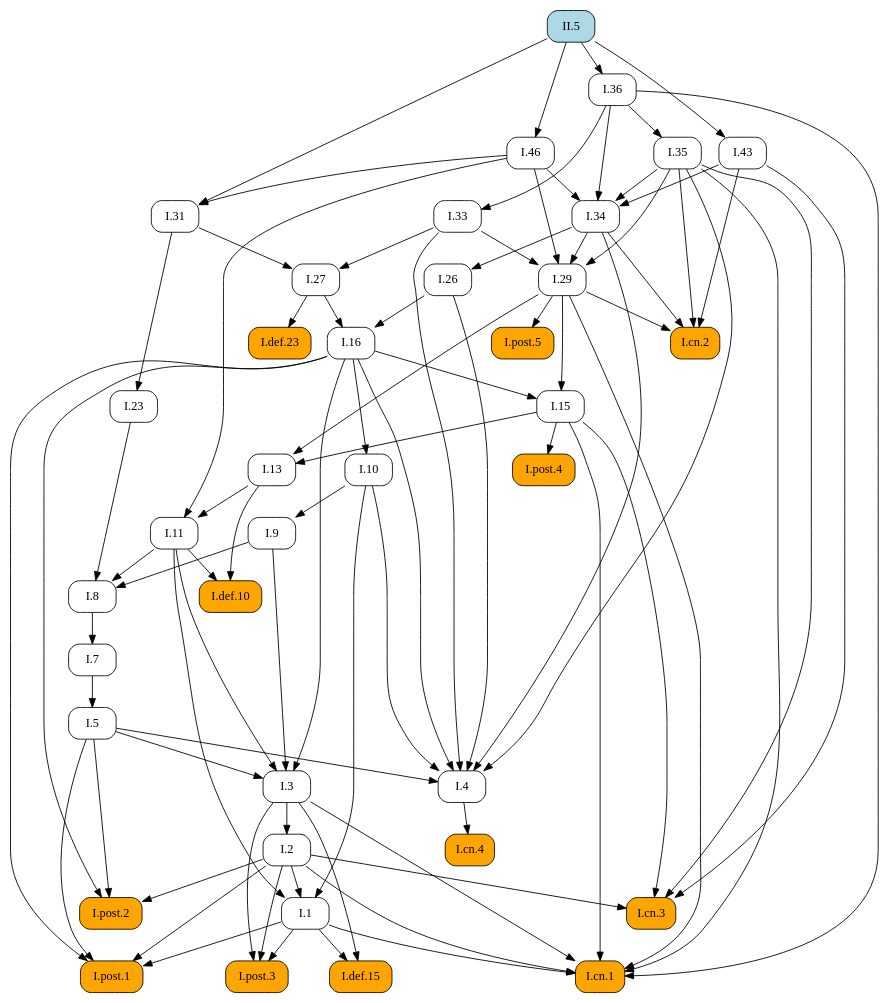
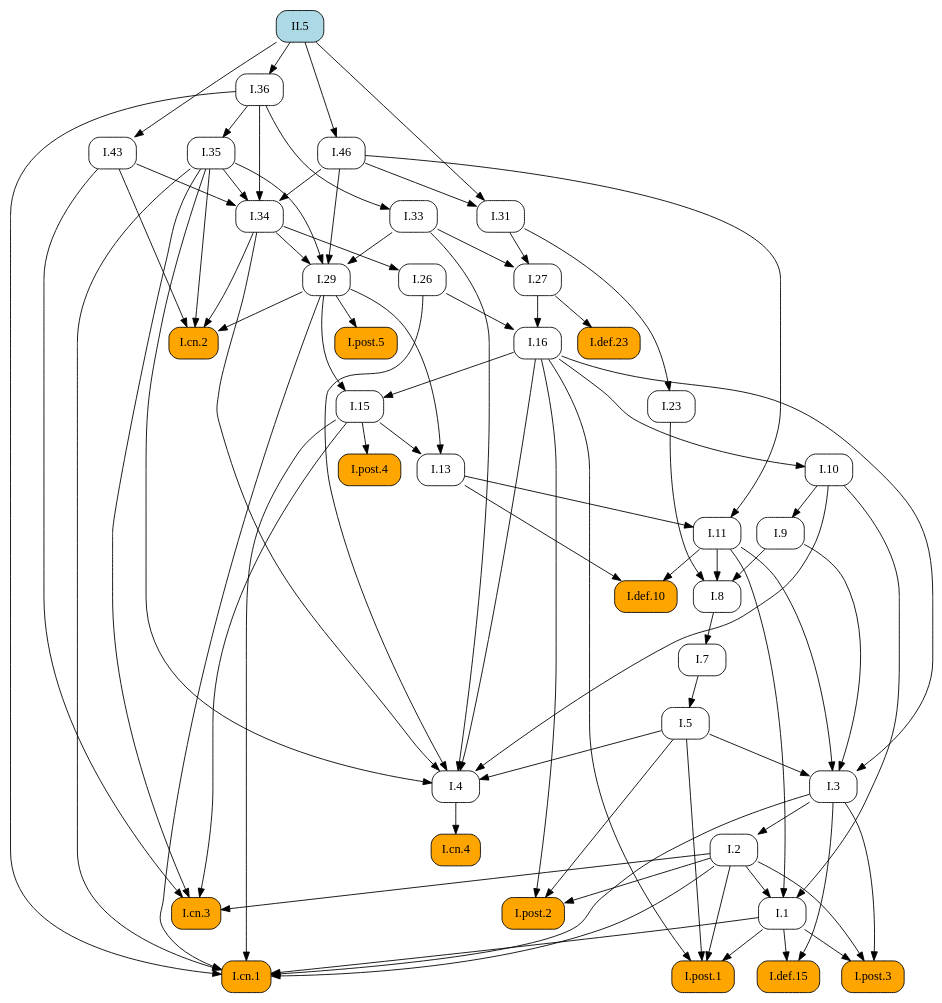
Before and after one commit to geometor/elements: the diagram in docsrc/heath/II/5/index.rst, drawn with Graphviz. The commit also changed other lines of this file and 1029 other files, not shown here.

```diff
--- a/docsrc/heath/II/5/index.rst
+++ b/docsrc/heath/II/5/index.rst
@@ -82,88 +82,98 @@
    digraph {
      rankdir="TB";
      node [shape=box, style=rounded];
+     "I.def.10" [style="rounded,filled", fillcolor=orange, URL="/heath/I/def.10/", target="_top"];
+     "I.11" [URL="/heath/I/11/", target="_top"];
+     "I.post.4" [style="rounded,filled", fillcolor=orange, URL="/heath/I/post.4/", target="_top"];
+     "I.1" [URL="/heath/I/1/", target="_top"];
+     "I.26" [URL="/heath/I/26/", target="_top"];
+     "I.29" [URL="/heath/I/29/", target="_top"];
+     "I.cn.2" [style="rounded,filled", fillcolor=orange, URL="/heath/I/cn.2/", target="_top"];
+     "I.def.15" [style="rounded,filled", fillcolor=orange, URL="/heath/I/def.15/", target="_top"];
+     "I.post.3" [style="rounded,filled", fillcolor=orange, URL="/heath/I/post.3/", target="_top"];
+     "II.5" [style="rounded,filled", fillcolor=lightblue, URL="/heath/II/5/", target="_top"];
+     "I.cn.1" [style="rounded,filled", fillcolor=orange, URL="/heath/I/cn.1/", target="_top"];
      "I.cn.3" [style="rounded,filled", fillcolor=orange, URL="/heath/I/cn.3/", target="_top"];
-     "I.29" [URL="/heath/I/29/", target="_top"];
+     "I.23" [URL="/heath/I/23/", target="_top"];
+     "I.43" [URL="/heath/I/43/", target="_top"];
+     "I.post.1" [style="rounded,filled", fillcolor=orange, URL="/heath/I/post.1/", target="_top"];
+     "I.35" [URL="/heath/I/35/", target="_top"];
+     "I.36" [URL="/heath/I/36/", target="_top"];
+     "I.27" [URL="/heath/I/27/", target="_top"];
+     "I.46" [URL="/heath/I/46/", target="_top"];
      "I.7" [URL="/heath/I/7/", target="_top"];
-     "I.27" [URL="/heath/I/27/", target="_top"];
+     "I.34" [URL="/heath/I/34/", target="_top"];
+     "I.3" [URL="/heath/I/3/", target="_top"];
+     "I.2" [URL="/heath/I/2/", target="_top"];
      "I.def.23" [style="rounded,filled", fillcolor=orange, URL="/heath/I/def.23/", target="_top"];
-     "I.34" [URL="/heath/I/34/", target="_top"];
+     "I.4" [URL="/heath/I/4/", target="_top"];
+     "I.13" [URL="/heath/I/13/", target="_top"];
+     "I.33" [URL="/heath/I/33/", target="_top"];
+     "I.31" [URL="/heath/I/31/", target="_top"];
+     "I.post.2" [style="rounded,filled", fillcolor=orange, URL="/heath/I/post.2/", target="_top"];
+     "I.16" [URL="/heath/I/16/", target="_top"];
+     "I.9" [URL="/heath/I/9/", target="_top"];
      "I.8" [URL="/heath/I/8/", target="_top"];
-     "I.9" [URL="/heath/I/9/", target="_top"];
-     "I.post.4" [style="rounded,filled", fillcolor=orange, URL="/heath/I/post.4/", target="_top"];
-     "I.2" [URL="/heath/I/2/", target="_top"];
-     "I.def.15" [style="rounded,filled", fillcolor=orange, URL="/heath/I/def.15/", target="_top"];
-     "I.1" [URL="/heath/I/1/", target="_top"];
-     "II.5" [style="rounded,filled", fillcolor=lightblue, URL="/heath/II/5/", target="_top"];
-     "I.post.1" [style="rounded,filled", fillcolor=orange, URL="/heath/I/post.1/", target="_top"];
      "I.cn.4" [style="rounded,filled", fillcolor=orange, URL="/heath/I/cn.4/", target="_top"];
-     "I.26" [URL="/heath/I/26/", target="_top"];
-     "I.33" [URL="/heath/I/33/", target="_top"];
-     "I.23" [URL="/heath/I/23/", target="_top"];
-     "I.13" [URL="/heath/I/13/", target="_top"];
-     "I.cn.2" [style="rounded,filled", fillcolor=orange, URL="/heath/I/cn.2/", target="_top"];
+     "I.15" [URL="/heath/I/15/", target="_top"];
+     "I.post.5" [style="rounded,filled", fillcolor=orange, URL="/heath/I/post.5/", target="_top"];
+     "I.10" [URL="/heath/I/10/", target="_top"];
      "I.5" [URL="/heath/I/5/", target="_top"];
-     "I.11" [URL="/heath/I/11/", target="_top"];
-     "I.10" [URL="/heath/I/10/", target="_top"];
-     "I.4" [URL="/heath/I/4/", target="_top"];
-     "I.3" [URL="/heath/I/3/", target="_top"];
-     "I.16" [URL="/heath/I/16/", target="_top"];
-     "I.31" [URL="/heath/I/31/", target="_top"];
-     "I.43" [URL="/heath/I/43/", target="_top"];
-     "I.def.10" [style="rounded,filled", fillcolor=orange, URL="/heath/I/def.10/", target="_top"];
-     "I.46" [URL="/heath/I/46/", target="_top"];
-     "I.post.2" [style="rounded,filled", fillcolor=orange, URL="/heath/I/post.2/", target="_top"];
-     "I.post.3" [style="rounded,filled", fillcolor=orange, URL="/heath/I/post.3/", target="_top"];
-     "I.post.5" [style="rounded,filled", fillcolor=orange, URL="/heath/I/post.5/", target="_top"];
-     "I.36" [URL="/heath/I/36/", target="_top"];
-     "I.35" [URL="/heath/I/35/", target="_top"];
-     "I.15" [URL="/heath/I/15/", target="_top"];
-     "I.cn.1" [style="rounded,filled", fillcolor=orange, URL="/heath/I/cn.1/", target="_top"];
+     "I.11" -> "I.def.10";
+     "I.13" -> "I.def.10";
+     "I.13" -> "I.11";
+     "I.46" -> "I.11";
+     "I.15" -> "I.post.4";
+     "I.2" -> "I.1";
+     "I.10" -> "I.1";
+     "I.11" -> "I.1";
+     "I.34" -> "I.26";
+     "I.33" -> "I.29";
+     "I.34" -> "I.29";
+     "I.35" -> "I.29";
+     "I.46" -> "I.29";
+     "I.29" -> "I.cn.2";
+     "I.34" -> "I.cn.2";
+     "I.35" -> "I.cn.2";
+     "I.43" -> "I.cn.2";
+     "I.1" -> "I.def.15";
+     "I.3" -> "I.def.15";
+     "I.1" -> "I.post.3";
+     "I.2" -> "I.post.3";
+     "I.3" -> "I.post.3";
+     "I.1" -> "I.cn.1";
+     "I.2" -> "I.cn.1";
+     "I.3" -> "I.cn.1";
+     "I.15" -> "I.cn.1";
+     "I.29" -> "I.cn.1";
+     "I.35" -> "I.cn.1";
+     "I.36" -> "I.cn.1";
      "I.2" -> "I.cn.3";
      "I.15" -> "I.cn.3";
      "I.35" -> "I.cn.3";
      "I.43" -> "I.cn.3";
-     "I.33" -> "I.29";
-     "I.34" -> "I.29";
-     "I.35" -> "I.29";
-     "I.46" -> "I.29";
-     "I.8" -> "I.7";
+     "I.31" -> "I.23";
+     "II.5" -> "I.43";
+     "I.1" -> "I.post.1";
+     "I.2" -> "I.post.1";
+     "I.5" -> "I.post.1";
+     "I.16" -> "I.post.1";
+     "I.36" -> "I.35";
+     "II.5" -> "I.36";
      "I.31" -> "I.27";
      "I.33" -> "I.27";
-     "I.27" -> "I.def.23";
+     "II.5" -> "I.46";
+     "I.8" -> "I.7";
      "I.35" -> "I.34";
      "I.36" -> "I.34";
      "I.43" -> "I.34";
      "I.46" -> "I.34";
-     "I.9" -> "I.8";
-     "I.11" -> "I.8";
-     "I.23" -> "I.8";
-     "I.10" -> "I.9";
-     "I.15" -> "I.post.4";
+     "I.5" -> "I.3";
+     "I.9" -> "I.3";
+     "I.11" -> "I.3";
+     "I.16" -> "I.3";
      "I.3" -> "I.2";
-     "I.1" -> "I.def.15";
-     "I.3" -> "I.def.15";
-     "I.2" -> "I.1";
-     "I.10" -> "I.1";
-     "I.11" -> "I.1";
-     "I.1" -> "I.post.1";
-     "I.2" -> "I.post.1";
-     "I.5" -> "I.post.1";
-     "I.16" -> "I.post.1";
-     "I.4" -> "I.cn.4";
-     "I.34" -> "I.26";
-     "I.36" -> "I.33";
-     "I.31" -> "I.23";
-     "I.15" -> "I.13";
-     "I.29" -> "I.13";
-     "I.29" -> "I.cn.2";
-     "I.34" -> "I.cn.2";
-     "I.35" -> "I.cn.2";
-     "I.43" -> "I.cn.2";
-     "I.7" -> "I.5";
-     "I.13" -> "I.11";
-     "I.46" -> "I.11";
-     "I.16" -> "I.10";
+     "I.27" -> "I.def.23";
      "I.5" -> "I.4";
      "I.10" -> "I.4";
      "I.16" -> "I.4";
@@ -171,34 +181,24 @@
      "I.33" -> "I.4";
      "I.34" -> "I.4";
      "I.35" -> "I.4";
-     "I.5" -> "I.3";
-     "I.9" -> "I.3";
-     "I.11" -> "I.3";
-     "I.16" -> "I.3";
-     "I.26" -> "I.16";
-     "I.27" -> "I.16";
+     "I.15" -> "I.13";
+     "I.29" -> "I.13";
+     "I.36" -> "I.33";
      "I.46" -> "I.31";
      "II.5" -> "I.31";
-     "II.5" -> "I.43";
-     "I.11" -> "I.def.10";
-     "I.13" -> "I.def.10";
-     "II.5" -> "I.46";
      "I.2" -> "I.post.2";
      "I.5" -> "I.post.2";
      "I.16" -> "I.post.2";
-     "I.1" -> "I.post.3";
-     "I.2" -> "I.post.3";
-     "I.3" -> "I.post.3";
-     "I.29" -> "I.post.5";
-     "II.5" -> "I.36";
-     "I.36" -> "I.35";
+     "I.26" -> "I.16";
+     "I.27" -> "I.16";
+     "I.10" -> "I.9";
+     "I.9" -> "I.8";
+     "I.11" -> "I.8";
+     "I.23" -> "I.8";
+     "I.4" -> "I.cn.4";
      "I.16" -> "I.15";
      "I.29" -> "I.15";
-     "I.1" -> "I.cn.1";
-     "I.2" -> "I.cn.1";
-     "I.3" -> "I.cn.1";
-     "I.15" -> "I.cn.1";
-     "I.29" -> "I.cn.1";
-     "I.35" -> "I.cn.1";
-     "I.36" -> "I.cn.1";
+     "I.29" -> "I.post.5";
+     "I.16" -> "I.10";
+     "I.7" -> "I.5";
    }
```
